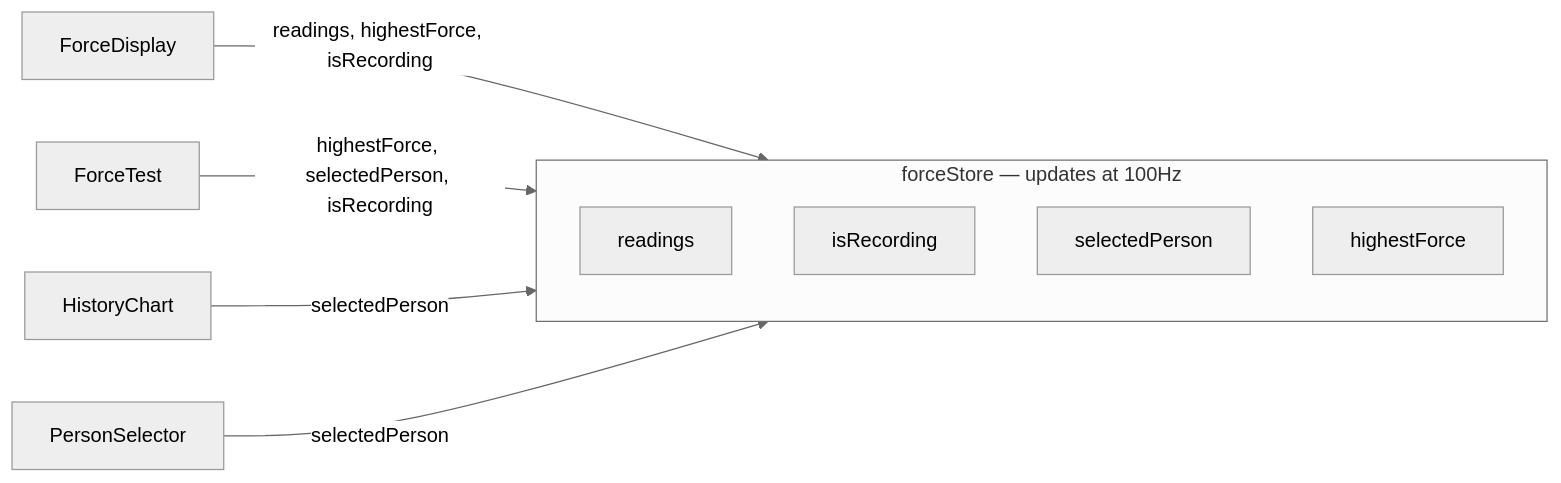
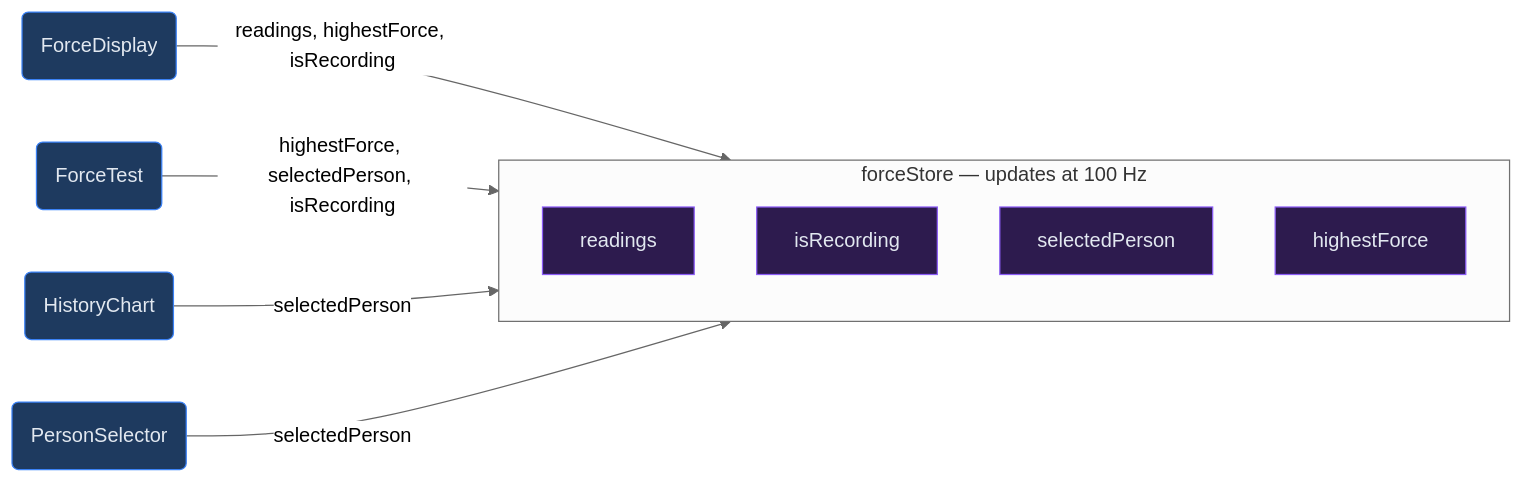
One commit to DerekLieww/Force-Recorder changed diagram 16 of 23 in ARCHITECTURE.md. Above: the diagram before and after it, drawn with Mermaid (neutral theme). The commit also changed other lines of this file and 9 other files, not shown here.

````diff
--- a/ARCHITECTURE.md
+++ b/ARCHITECTURE.md
@@ -822,14 +922,20 @@
 ```mermaid
 graph LR
-    subgraph ForceStore["forceStore — updates at 100Hz"]
+    subgraph ForceStore["forceStore — updates at 100 Hz"]
         readings
         isRecording
         selectedPerson
         highestForce
     end
 
-    ForceDisplay -->|"readings, highestForce, isRecording"| ForceStore
-    ForceTest -->|"highestForce, selectedPerson, isRecording"| ForceStore
-    HistoryChart -->|"selectedPerson"| ForceStore
-    PersonSelector -->|"selectedPerson"| ForceStore
+    ForceDisplay("ForceDisplay") -->|"readings, highestForce, isRecording"| ForceStore
+    ForceTest("ForceTest") -->|"highestForce, selectedPerson, isRecording"| ForceStore
+    HistoryChart("HistoryChart") -->|"selectedPerson"| ForceStore
+    PersonSelector("PersonSelector") -->|"selectedPerson"| ForceStore
+
+    classDef component fill:#1e3a5f,stroke:#3b82f6,color:#e2e8f0
+    classDef field fill:#2d1b4e,stroke:#8b5cf6,color:#e2e8f0
+
+    class ForceDisplay,ForceTest,HistoryChart,PersonSelector component
+    class readings,isRecording,selectedPerson,highestForce field
 ```
````
